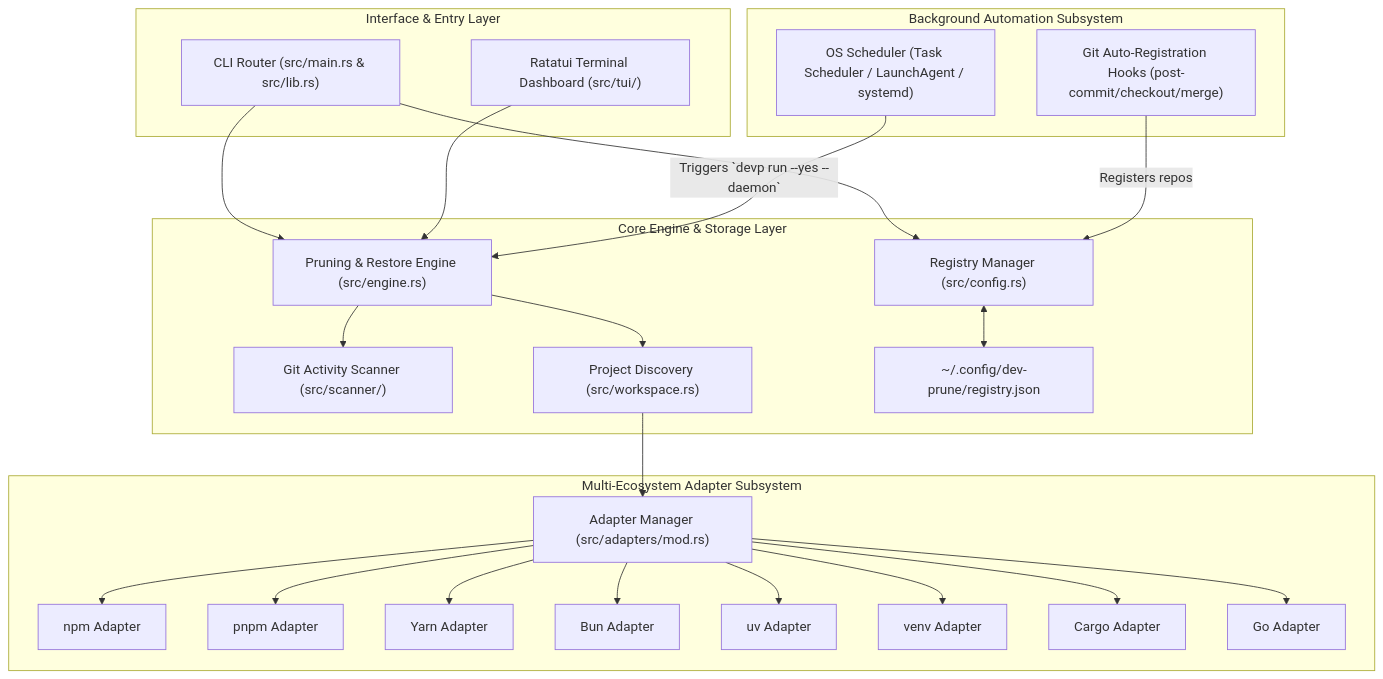
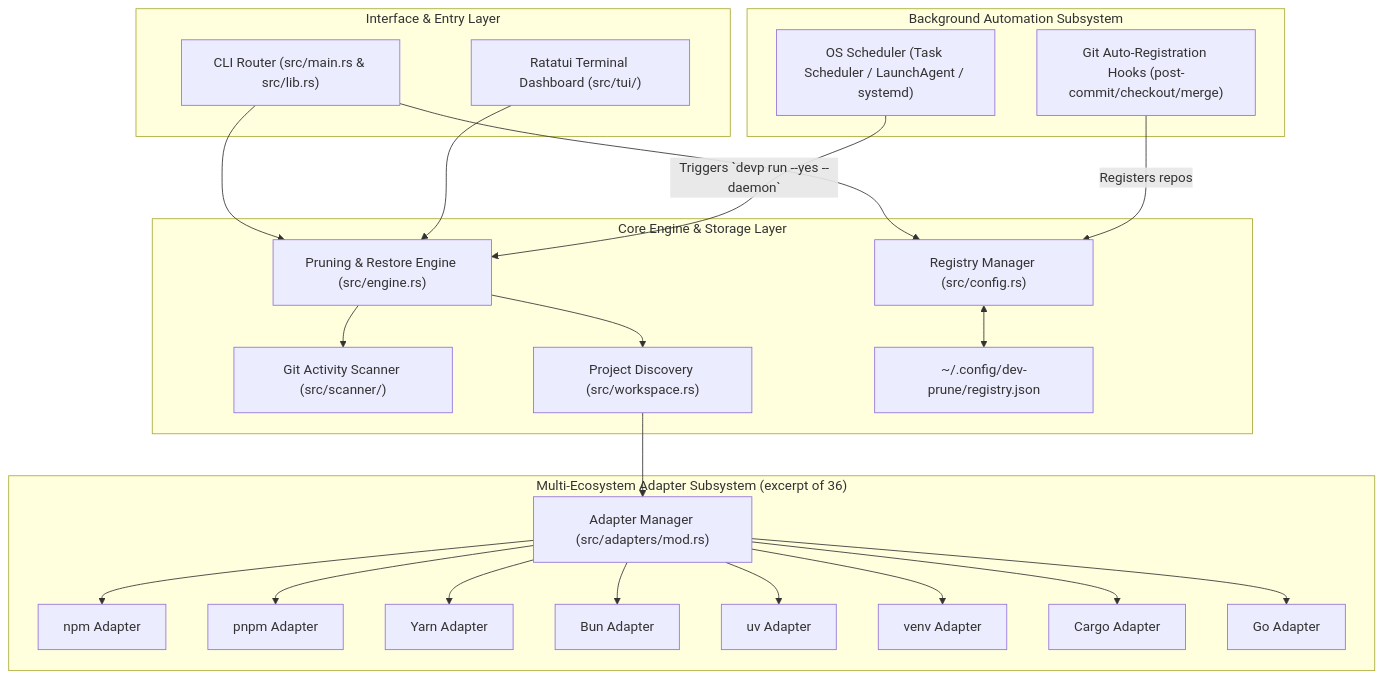
Before and after one commit to Life-Experimentalist/dev-prune: the first of 2 diagrams in docs/architecture/HLD.md, drawn with Mermaid. The commit also changed other lines of this file and 34 other files, not shown here.

````diff
--- a/docs/architecture/HLD.md
+++ b/docs/architecture/HLD.md
@@ -17,43 +17,43 @@
 ```mermaid
 graph TD
     subgraph UI_Layer ["Interface & Entry Layer"]
         CLI["CLI Router (src/main.rs & src/lib.rs)"]
         TUI["Ratatui Terminal Dashboard (src/tui/)"]
     end
 
     subgraph Core_Layer ["Core Engine & Storage Layer"]
         RegistryManager["Registry Manager (src/config.rs)"]
         Engine["Pruning & Restore Engine (src/engine.rs)"]
         GitScanner["Git Activity Scanner (src/scanner/)"]
         Workspace["Project Discovery (src/workspace.rs)"]
         GlobalConfig["~/.config/dev-prune/registry.json"]
     end
 
-    subgraph Adapter_Layer ["Multi-Ecosystem Adapter Subsystem"]
+    subgraph Adapter_Layer ["Multi-Ecosystem Adapter Subsystem (excerpt of 36)"]
         AdapterRegistry["Adapter Manager (src/adapters/mod.rs)"]
         NPM["npm Adapter"]
         PNPM["pnpm Adapter"]
         Yarn["Yarn Adapter"]
         Bun["Bun Adapter"]
         UV["uv Adapter"]
         Venv["venv Adapter"]
         Cargo["Cargo Adapter"]
         Go["Go Adapter"]
     end
 
     subgraph Automation_Layer ["Background Automation Subsystem"]
         OSDaemon["OS Scheduler (Task Scheduler / LaunchAgent / systemd)"]
         GitHooks["Git Auto-Registration Hooks (post-commit/checkout/merge)"]
     end
 
     CLI --> RegistryManager
     CLI --> Engine
     TUI --> Engine
     RegistryManager <--> GlobalConfig
     Engine --> GitScanner
     Engine --> Workspace
     Workspace --> AdapterRegistry
     AdapterRegistry --> NPM & PNPM & Yarn & Bun & UV & Venv & Cargo & Go
     OSDaemon -->|Triggers `devp run --yes --daemon`| Engine
     GitHooks -->|Registers repos| RegistryManager
 ```
````
